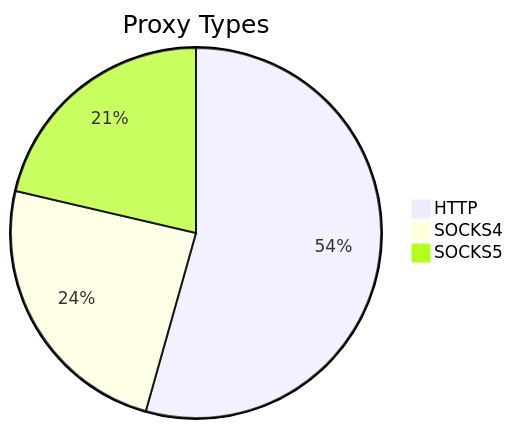
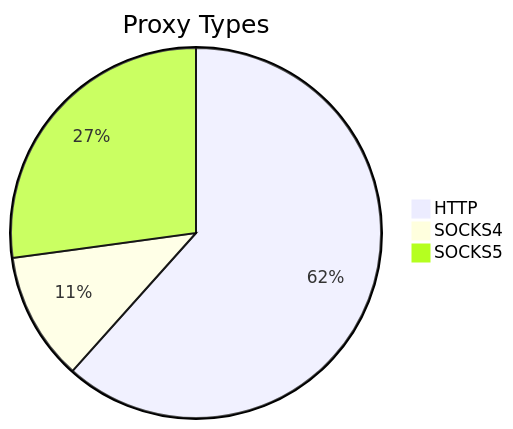
Before and after one commit to stormsia/proxy-list: the first of 2 diagrams in README.md, drawn with Mermaid. The commit also changed other lines of this file, not shown here.

````diff
--- a/README.md
+++ b/README.md
@@ -21,6 +21,6 @@
 ```mermaid
 pie title Proxy Types
-    "HTTP" : 336
-    "SOCKS4" : 150
-    "SOCKS5" : 132
+    "HTTP" : 236
+    "SOCKS4" : 43
+    "SOCKS5" : 104
 ```
````
